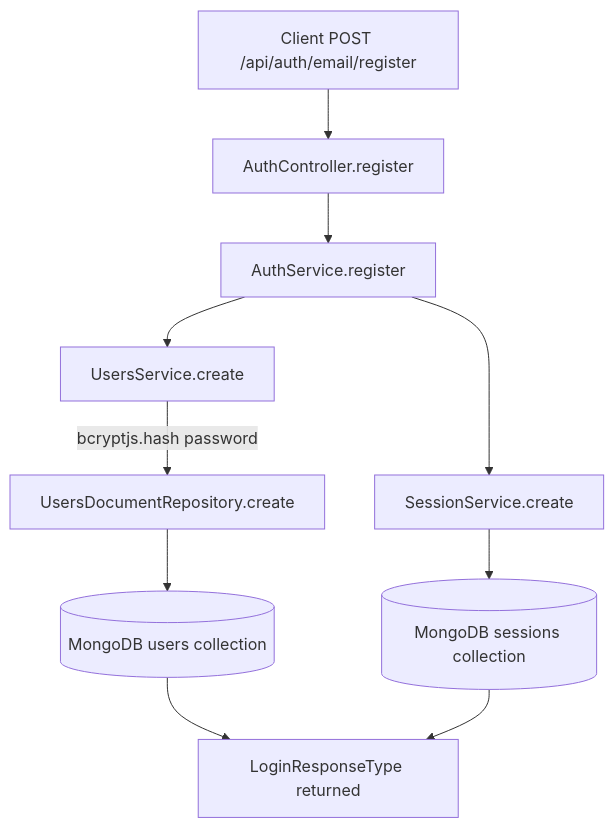
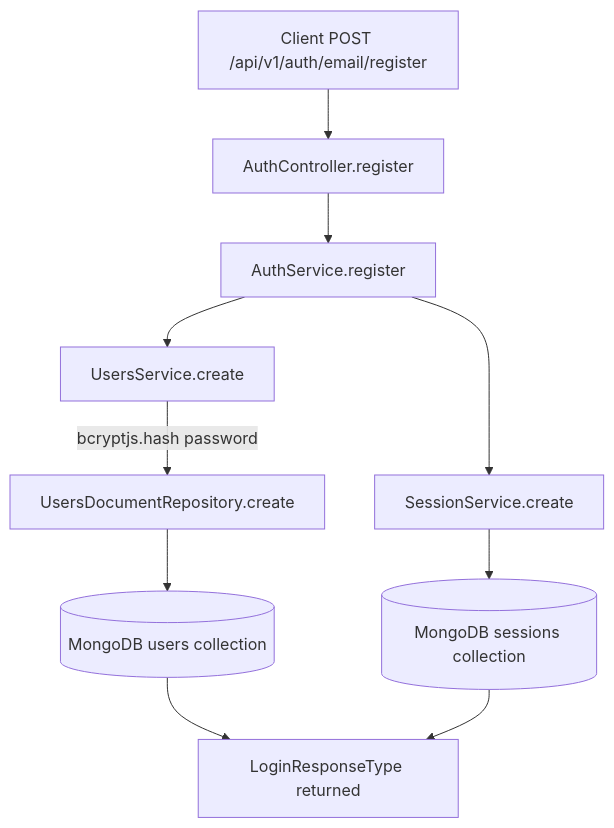
The diagram in backend/src/users/README.md (blitzy-public-samples/pantry-chef-traditional), drawn with Mermaid before and after one commit. The commit also changed other lines of this file and 60 other files, not shown here.

````diff
--- a/backend/src/users/README.md
+++ b/backend/src/users/README.md
@@ -102,12 +101,12 @@
 ```mermaid
 flowchart TD
-    A[Client POST /api/auth/email/register] --> B[AuthController.register]
+    A[Client POST /api/v1/auth/email/register] --> B[AuthController.register]
     B --> C[AuthService.register]
     C --> D[UsersService.create]
     D -->|bcryptjs.hash password| E[UsersDocumentRepository.create]
     E --> F[(MongoDB users collection)]
     C --> G[SessionService.create]
     G --> H[(MongoDB sessions collection)]
     F --> I[LoginResponseType returned]
     H --> I
 ```
````
